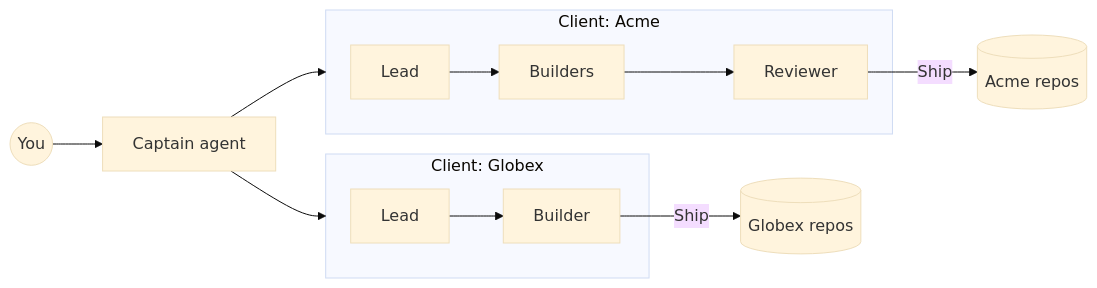
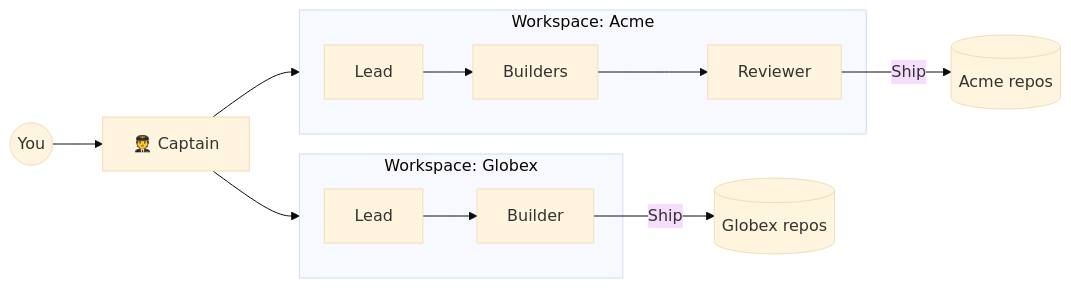
Before and after one commit to ashik112/majhi: the diagram in README.md, drawn with Mermaid (base theme). The commit also changed other lines of this file, not shown here.

````diff
--- a/README.md
+++ b/README.md
@@ -96,13 +114,13 @@
 ```mermaid
 flowchart LR
-  you((You)) --> boss[Captain agent]
-  boss --> acme & globex
-  subgraph acme [Client: Acme]
+  you((You)) --> captain[🧑‍✈️ Captain]
+  captain --> acme & globex
+  subgraph acme [Workspace: Acme]
     a1[Lead] --> a2[Builders] --> a3[Reviewer]
   end
-  subgraph globex [Client: Globex]
+  subgraph globex [Workspace: Globex]
     g1[Lead] --> g2[Builder]
   end
   a3 -->|Ship| arepo[(Acme repos)]
   g2 -->|Ship| grepo[(Globex repos)]
 ```
````
